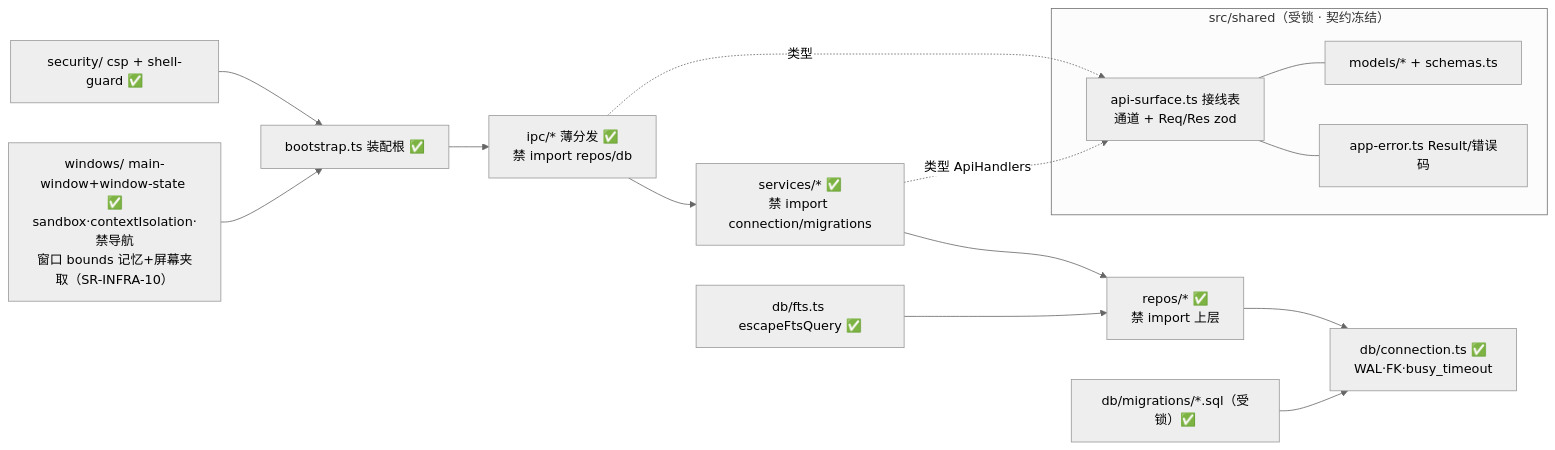
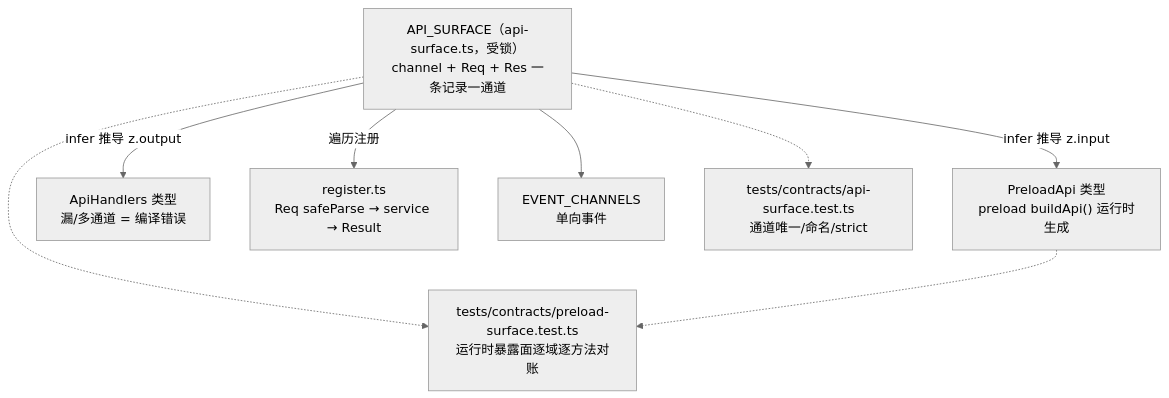
Before and after one commit to yyx20040712/Synapse: the second of 6 diagrams in docs/architecture.md, drawn with Mermaid (neutral theme). The commit also changed other lines of this file, not shown here.

````diff
--- a/docs/architecture.md
+++ b/docs/architecture.md
@@ -282,19 +109,12 @@
 ```mermaid
-flowchart LR
-  subgraph SHARED["src/shared（受锁 · 契约冻结）"]
-    SURF["api-surface.ts 接线表<br/>通道 + Req/Res zod"]
-    MODELS["models/* + schemas.ts"]
-    ERR["app-error.ts Result/错误码"]
-  end
-  IPC["ipc/* 薄分发 ✅<br/>禁 import repos/db"] --> SVC2["services/* ✅<br/>禁 import connection/migrations"]
-  SVC2 --> REPO2["repos/* ✅<br/>禁 import 上层"]
-  REPO2 --> CONN["db/connection.ts ✅<br/>WAL·FK·busy_timeout"]
-  MIG["db/migrations/*.sql（受锁）✅"] --> CONN
-  FTS["db/fts.ts escapeFtsQuery ✅"] --> REPO2
-  SEC["security/ csp + shell-guard ✅"] --> BOOT["bootstrap.ts 装配根 ✅"]
-  WIN["windows/ main-window+window-state ✅<br/>sandbox·contextIsolation·禁导航<br/>窗口 bounds 记忆+屏幕夹取（SR-INFRA-10）"] --> BOOT
-  BOOT --> IPC
-  IPC -.->|类型| SURF
-  SVC2 -.->|类型 ApiHandlers| SURF
-  SURF --- MODELS & ERR
+flowchart TB
+  SRC["API_SURFACE（api-surface.ts，受锁）<br/>channel + Req + Res 一条记录一通道"]
+  SRC -->|"infer 推导 z.input"| PA["PreloadApi 类型<br/>preload buildApi() 运行时生成"]
+  SRC -->|"infer 推导 z.output"| AH["ApiHandlers 类型<br/>漏/多通道 = 编译错误"]
+  SRC -->|"遍历注册"| RG["register.ts<br/>Req safeParse → service → Result"]
+  SRC --> EV["EVENT_CHANNELS<br/>单向事件"]
+  T1["tests/contracts/api-surface.test.ts<br/>通道唯一/命名/strict"]
+  T2["tests/contracts/preload-surface.test.ts<br/>运行时暴露面逐域逐方法对账"]
+  SRC -.-> T1 & T2
+  PA -.-> T2
 ```
````
